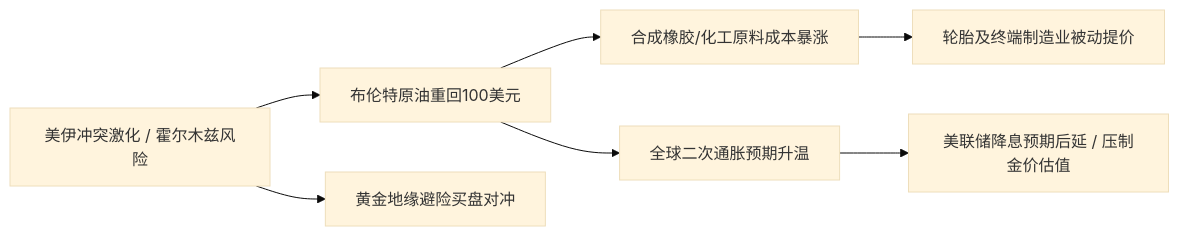
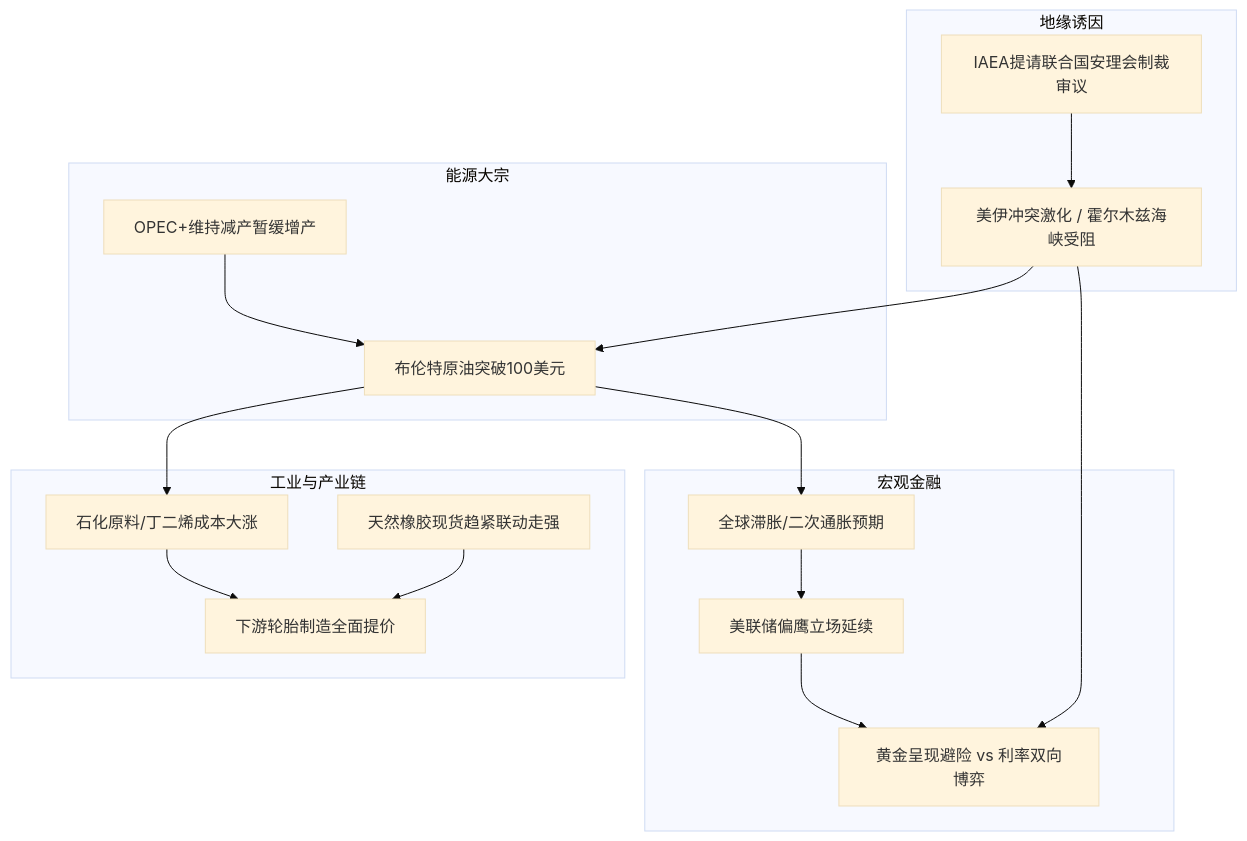
Before and after one commit to RubberTale/RubberTale.github.io: the diagram in source/_posts/地缘烽火与商品重定价：全球时政与大宗商品要点速览（2026年9月）.md, drawn with Mermaid (base theme). The commit also changed other lines of this file, not shown here.

````diff
--- a/source/_posts/地缘烽火与商品重定价：全球时政与大宗商品要点速览（2026年9月）.md
+++ b/source/_posts/地缘烽火与商品重定价：全球时政与大宗商品要点速览（2026年9月）.md
@@ -74,9 +125,35 @@
 ```mermaid
-flowchart LR
-    A[美伊冲突激化 / 霍尔木兹风险] --> B[布伦特原油重回100美元]
-    B --> C[合成橡胶/化工原料成本暴涨]
-    C --> D[轮胎及终端制造业被动提价]
-    B --> E[全球二次通胀预期升温]
-    E --> F[美联储降息预期后延 / 压制金价估值]
-    A --> G[黄金地缘避险买盘对冲]
+flowchart TD
+    subgraph 地缘诱因
+        A[美伊冲突激化 / 霍尔木兹海峡受阻]
+        B[IAEA提请联合国安理会制裁审议]
+    end
+
+    subgraph 能源大宗
+        C[布伦特原油突破100美元]
+        D[OPEC+维持减产暂缓增产]
+    end
+
+    subgraph 工业与产业链
+        E[石化原料/丁二烯成本大涨]
+        F[天然橡胶现货趋紧联动走强]
+        G[下游轮胎制造全面提价]
+    end
+
+    subgraph 宏观金融
+        H[全球滞胀/二次通胀预期]
+        I[美联储偏鹰立场延续]
+        J[黄金呈现避险 vs 利率双向博弈]
+    end
+
+    A --> C
+    B --> A
+    D --> C
+    C --> E
+    E --> G
+    F --> G
+    C --> H
+    H --> I
+    I --> J
+    A --> J
 ```
````
